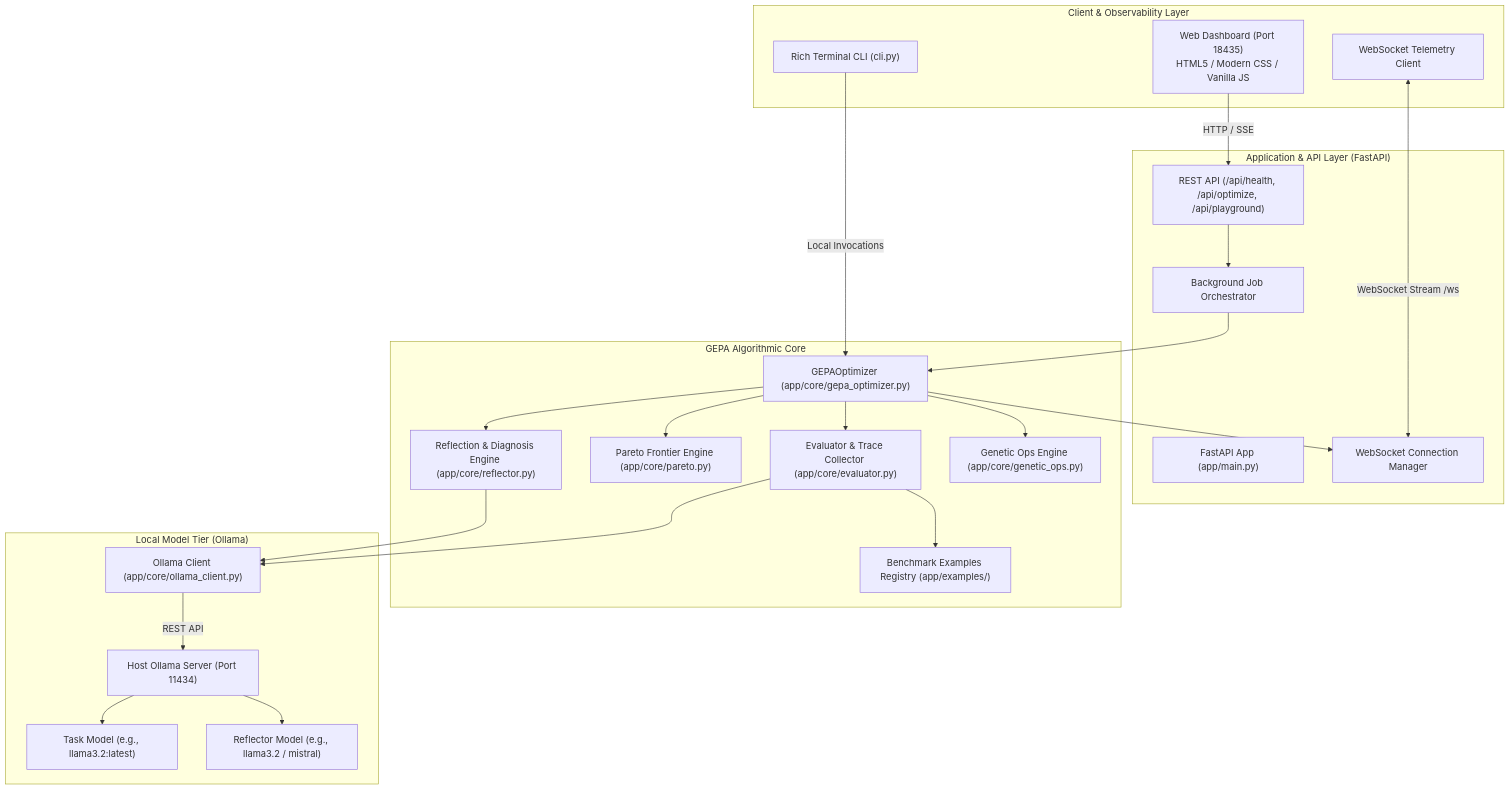
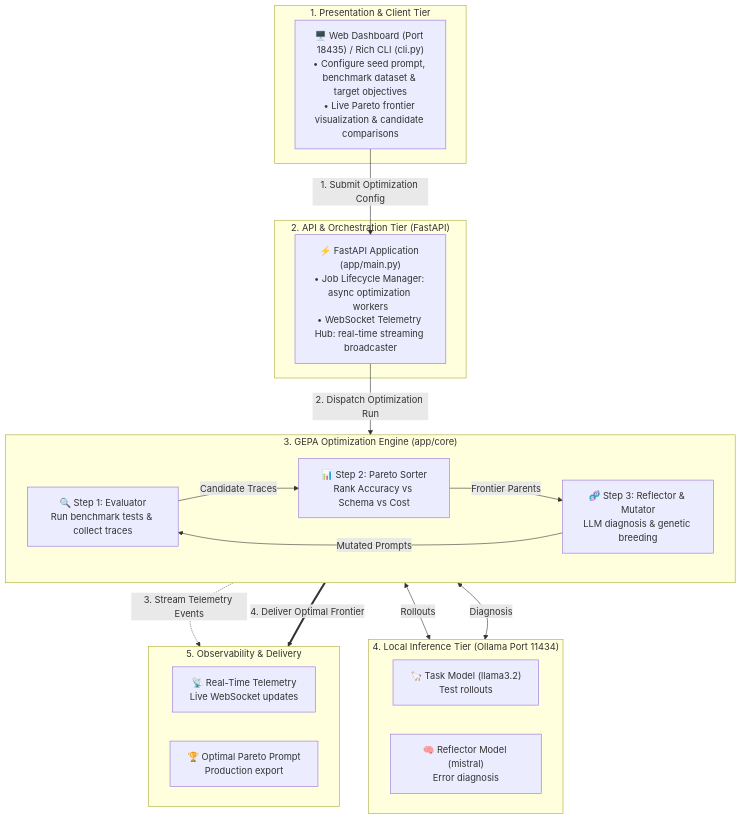
The first of 3 diagrams in ARCHITECTURE.md (vdonthireddy/agentic-ai-apo), drawn with Mermaid before and after one commit. The commit also changed other lines of this file, not shown here.

Commit message:
docs: add high-level flow diagram and enhance mermaid diagrams in ARCHITECTURE.md

````diff
--- a/ARCHITECTURE.md
+++ b/ARCHITECTURE.md
@@ -17,51 +21,42 @@
 ```mermaid
-graph TD
-    subgraph Client_Layer ["Client & Observability Layer"]
-        UI["Web Dashboard (Port 18435)<br/>HTML5 / Modern CSS / Vanilla JS"]
-        WSClient["WebSocket Telemetry Client"]
-        CLI["Rich Terminal CLI (cli.py)"]
+flowchart TD
+    subgraph TIER1 ["1. Presentation & Client Tier"]
+        CLIENT["🖥️ Web Dashboard (Port 18435) / Rich CLI (cli.py)<br/>• Configure seed prompt, benchmark dataset & target objectives<br/>• Live Pareto frontier visualization & candidate comparisons"]
     end
 
-    subgraph Service_Layer ["Application & API Layer (FastAPI)"]
-        API["FastAPI App (app/main.py)"]
-        WSManager["WebSocket Connection Manager"]
-        JobRunner["Background Job Orchestrator"]
-        Endpoints["REST API (/api/health, /api/optimize, /api/playground)"]
+    subgraph TIER2 ["2. API & Orchestration Tier (FastAPI)"]
+        API["⚡ FastAPI Application (app/main.py)<br/>• Job Lifecycle Manager: async optimization workers<br/>• WebSocket Telemetry Hub: real-time streaming broadcaster"]
     end
 
-    subgraph GEPA_Core ["GEPA Algorithmic Core"]
-        Orchestrator["GEPAOptimizer (app/core/gepa_optimizer.py)"]
-        Evaluator["Evaluator & Trace Collector (app/core/evaluator.py)"]
-        ParetoEngine["Pareto Frontier Engine (app/core/pareto.py)"]
-        ReflectorEngine["Reflection & Diagnosis Engine (app/core/reflector.py)"]
-        GeneticEngine["Genetic Ops Engine (app/core/genetic_ops.py)"]
-        Benchmarks["Benchmark Examples Registry (app/examples/)"]
+    subgraph TIER3 ["3. GEPA Optimization Engine (app/core)"]
+        direction LR
+        EVAL["🔍 Step 1: Evaluator<br/>Run benchmark tests & collect traces"]
+        PARETO["📊 Step 2: Pareto Sorter<br/>Rank Accuracy vs Schema vs Cost"]
+        REFLECT["🧬 Step 3: Reflector & Mutator<br/>LLM diagnosis & genetic breeding"]
+
+        EVAL -->|"Candidate Traces"| PARETO
+        PARETO -->|"Frontier Parents"| REFLECT
+        REFLECT -->|"Mutated Prompts"| EVAL
     end
 
-    subgraph Host_Inference ["Local Model Tier (Ollama)"]
-        OllamaBridge["Ollama Client (app/core/ollama_client.py)"]
-        HostOllama["Host Ollama Server (Port 11434)"]
-        TaskModel["Task Model (e.g., llama3.2:latest)"]
-        ReflectorModel["Reflector Model (e.g., llama3.2 / mistral)"]
+    subgraph TIER4 ["4. Local Inference Tier (Ollama Port 11434)"]
+        direction LR
+        TASK_LLM["🦙 Task Model (llama3.2)<br/>Test rollouts"]
+        REF_LLM["🧠 Reflector Model (mistral)<br/>Error diagnosis"]
     end
 
-    UI -->|HTTP / SSE| Endpoints
-    WSClient <-->|WebSocket Stream /ws| WSManager
-    CLI -->|Local Invocations| Orchestrator
+    subgraph TIER5 ["5. Observability & Delivery"]
+        direction LR
+        LIVE["📡 Real-Time Telemetry<br/>Live WebSocket updates"]
+        BEST["🏆 Optimal Pareto Prompt<br/>Production export"]
+    end
 
-    Endpoints --> JobRunner
-    JobRunner --> Orchestrator
-    Orchestrator --> Evaluator
-    Orchestrator --> ParetoEngine
-    Orchestrator --> ReflectorEngine
-    Orchestrator --> GeneticEngine
-    Evaluator --> Benchmarks
+    CLIENT -->|"1. Submit Optimization Config"| API
+    API -->|"2. Dispatch Optimization Run"| EVAL
 
-    Orchestrator --> WSManager
-    ReflectorEngine --> OllamaBridge
-    Evaluator --> OllamaBridge
+    EVAL <-->|"Rollouts"| TASK_LLM
+    REFLECT <-->|"Diagnosis"| REF_LLM
 
-    OllamaBridge -->|REST API| HostOllama
-    HostOllama --> TaskModel
-    HostOllama --> ReflectorModel
+    PARETO -.->|"3. Stream Telemetry Events"| LIVE
+    PARETO ==>|"4. Deliver Optimal Frontier"| BEST
 ```
````
